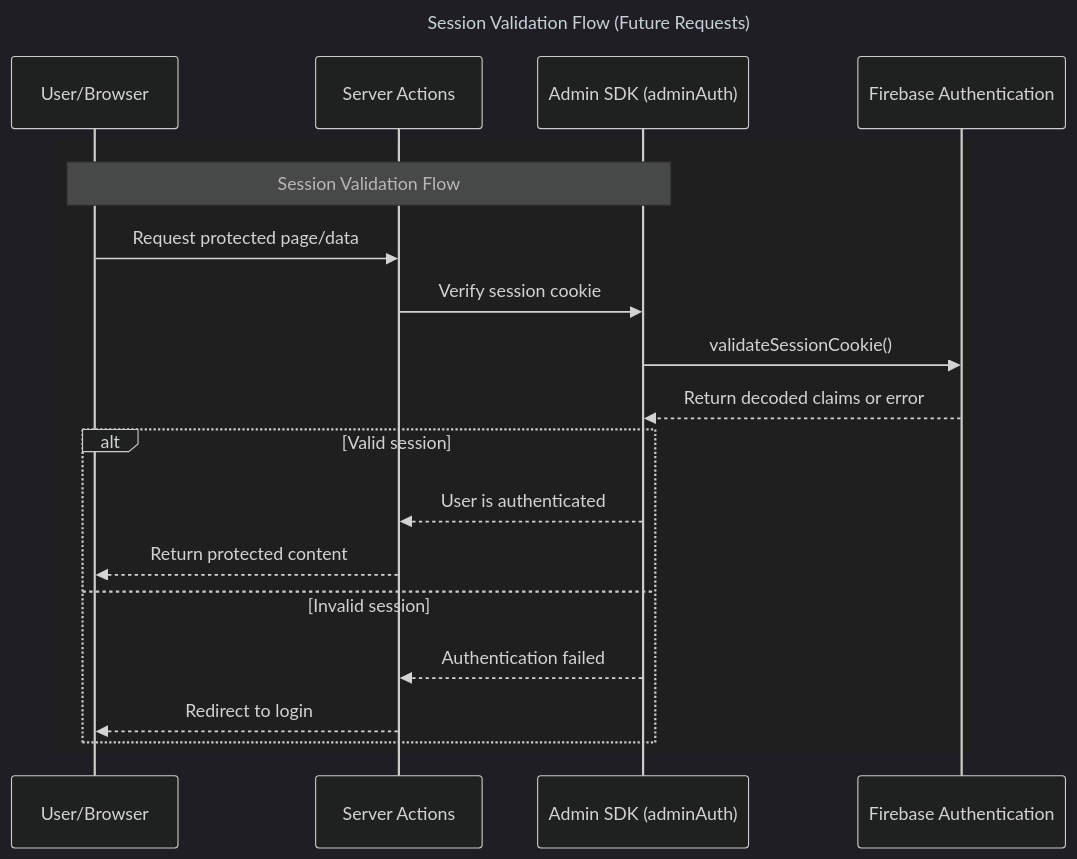
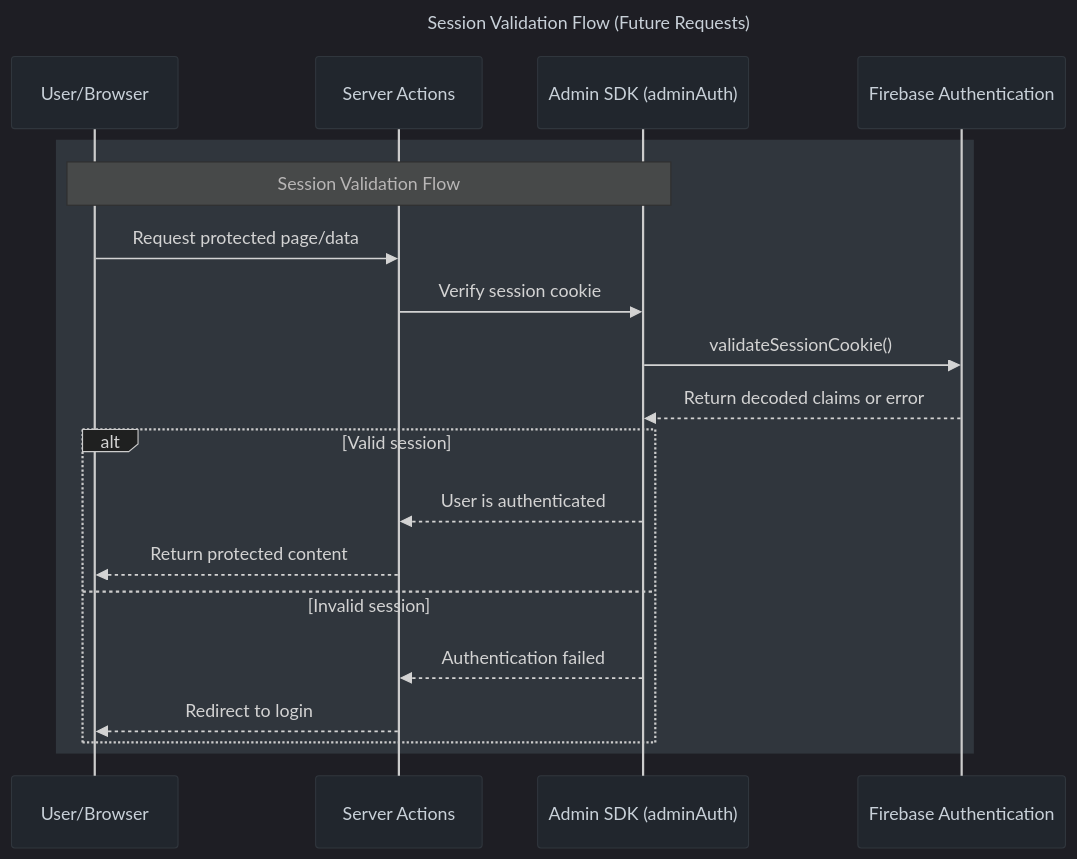
One commit to KeepSerene/vox-navi-ai-interview-prep-next-app changed the third of 3 diagrams in README.md. Above: the diagram before and after it, drawn with Mermaid. The commit also changed other lines of this file, not shown here.

````diff
--- a/README.md
+++ b/README.md
@@ -221,25 +245,37 @@
 ```mermaid
-%%{init: {'theme': 'dark', 'themeVariables': { 'background': '#0d1117', 'textColor': '#c9d1d9'}}}%%
+%%{init: {'theme': 'dark', 'themeVariables': {
+    'background': '#0d1117',
+    'primaryColor': '#161b22',
+    'secondaryColor': '#21262d',
+    'tertiaryColor': '#30363d',
+    'lineColor': '#c9d1d9',
+    'textColor': '#c9d1d9',
+    'actorBkg': '#21262d',
+    'actorBorder': '#30363d',
+    'actorTextColor': '#c9d1d9',
+    'messageTextColor': '#c9d1d9'
+}}}%%
 sequenceDiagram
 title Session Validation Flow (Future Requests)
 participant User as User/Browser
 participant ServerAction as Server Actions
 participant AdminSDK as Admin SDK (adminAuth)
 participant FirebaseAuth as Firebase Authentication
 
 rect #161b22
     Note over User, AdminSDK: Session Validation Flow
     User->>ServerAction: Request protected page/data
     ServerAction->>AdminSDK: Verify session cookie
     AdminSDK->>FirebaseAuth: validateSessionCookie()
     FirebaseAuth-->>AdminSDK: Return decoded claims or error
 
     alt Valid session
         AdminSDK-->>ServerAction: User is authenticated
         ServerAction-->>User: Return protected content
     else Invalid session
         AdminSDK-->>ServerAction: Authentication failed
         ServerAction-->>User: Redirect to login
     end
 end
+
 ```
````
